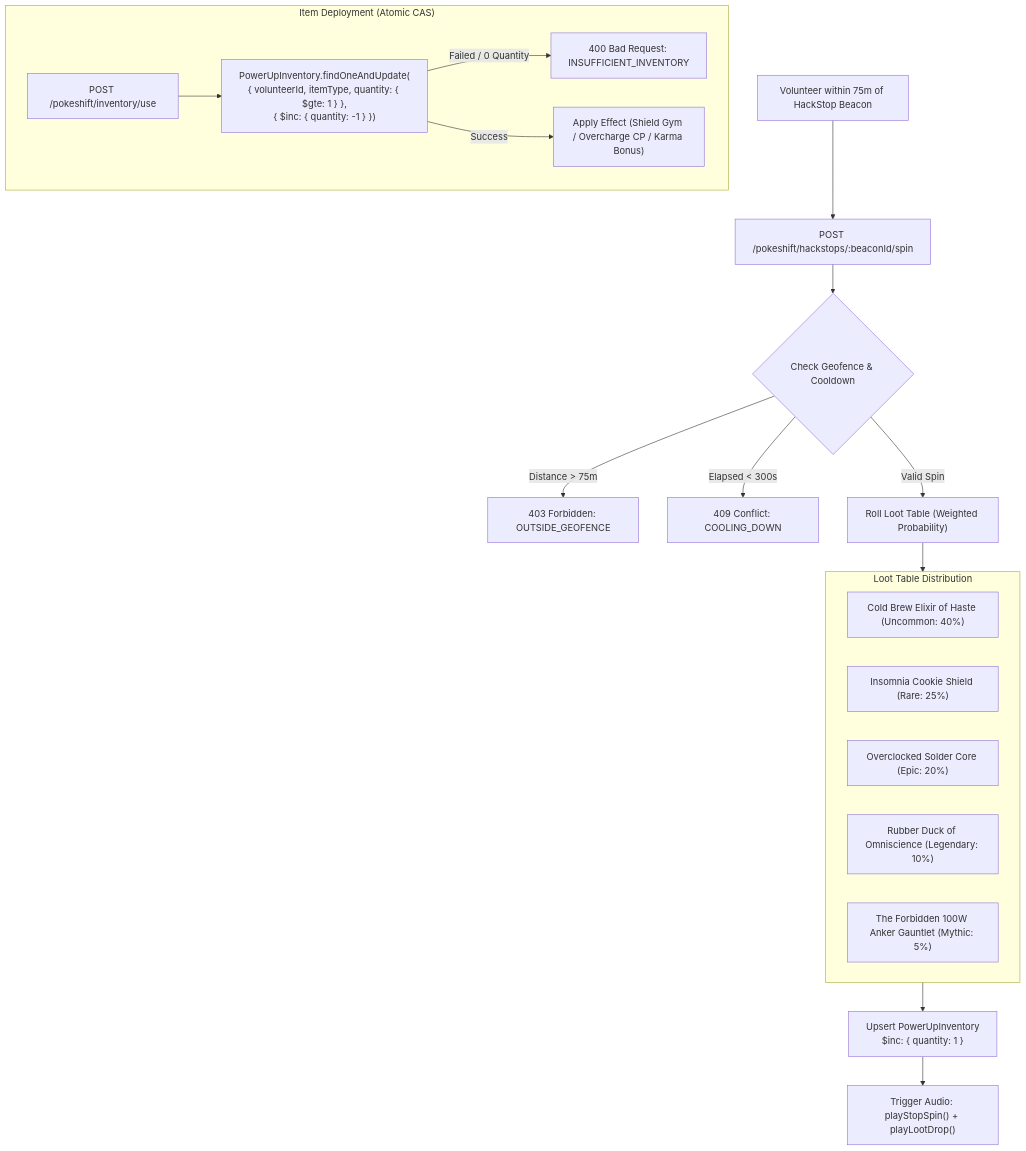
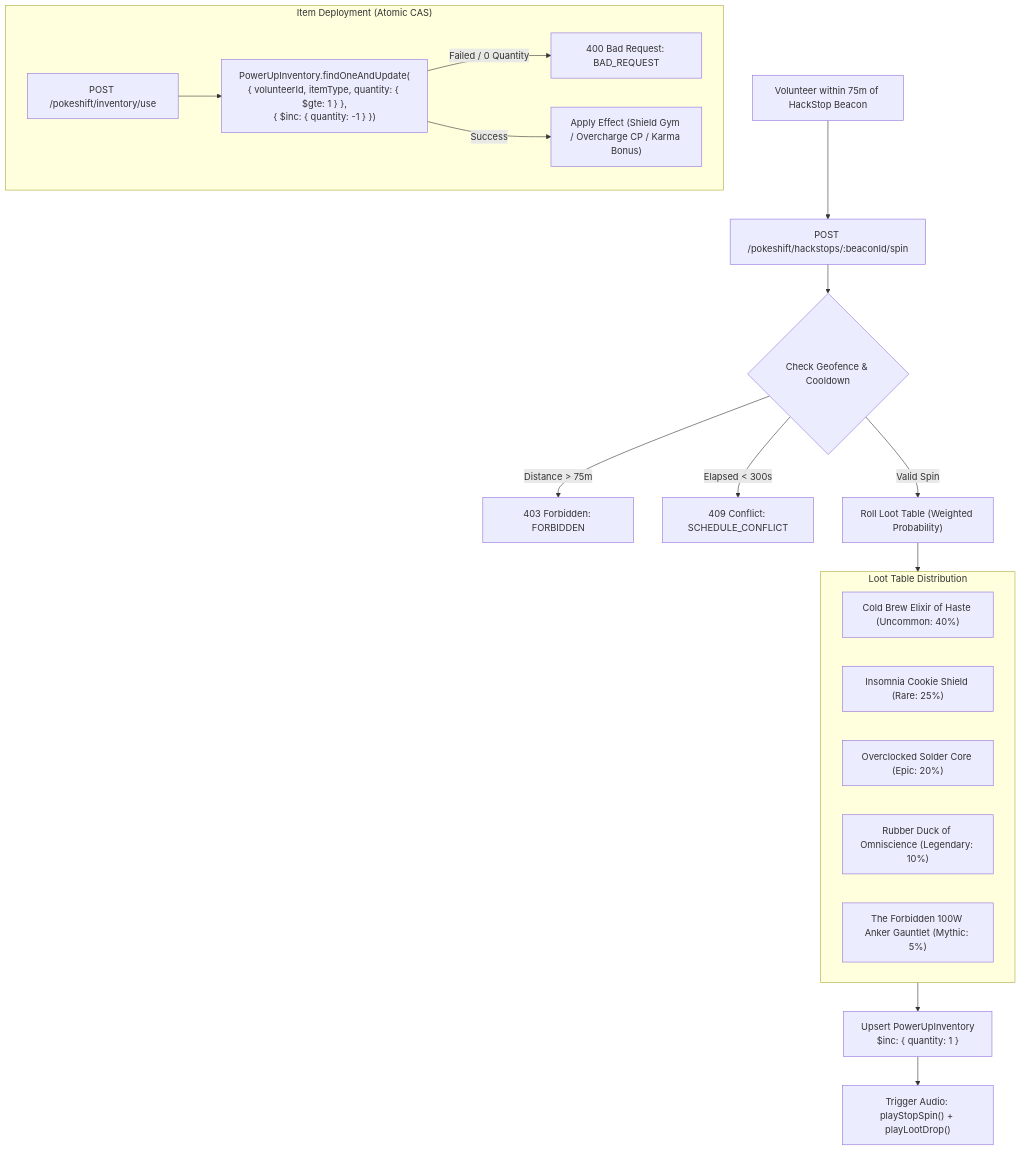
Before and after one commit to aritroBh/HackIllinois-2027-Systems-Coding-Challenge: the ninth of 10 diagrams in ARCHITECTURE.md, drawn with Mermaid. The commit also changed other lines of this file and 89 other files, not shown here.

````diff
--- a/ARCHITECTURE.md
+++ b/ARCHITECTURE.md
@@ -566,26 +570,26 @@
 ```mermaid
 flowchart TD
     A["Volunteer within 75m of HackStop Beacon"] --> B["POST /pokeshift/hackstops/:beaconId/spin"]
     B --> C{"Check Geofence & Cooldown"}
-    C -->|Distance > 75m| D["403 Forbidden: OUTSIDE_GEOFENCE"]
-    C -->|Elapsed < 300s| E["409 Conflict: COOLING_DOWN"]
+    C -->|Distance > 75m| D["403 Forbidden: FORBIDDEN"]
+    C -->|Elapsed < 300s| E["409 Conflict: SCHEDULE_CONFLICT"]
     C -->|Valid Spin| F["Roll Loot Table (Weighted Probability)"]
 
     subgraph LootTable["Loot Table Distribution"]
         L1["Cold Brew Elixir of Haste (Uncommon: 40%)"]
         L2["Insomnia Cookie Shield (Rare: 25%)"]
         L3["Overclocked Solder Core (Epic: 20%)"]
         L4["Rubber Duck of Omniscience (Legendary: 10%)"]
         L5["The Forbidden 100W Anker Gauntlet (Mythic: 5%)"]
     end
 
     F --> LootTable
     LootTable --> G["Upsert PowerUpInventory<br/>$inc: { quantity: 1 }"]
     G --> H["Trigger Audio: playStopSpin() + playLootDrop()"]
 
     subgraph Activation["Item Deployment (Atomic CAS)"]
         I["POST /pokeshift/inventory/use"] --> J["PowerUpInventory.findOneAndUpdate(<br/>{ volunteerId, itemType, quantity: { $gte: 1 } },<br/>{ $inc: { quantity: -1 } })"]
-        J -->|Failed / 0 Quantity| K["400 Bad Request: INSUFFICIENT_INVENTORY"]
+        J -->|Failed / 0 Quantity| K["400 Bad Request: BAD_REQUEST"]
         J -->|Success| L["Apply Effect (Shield Gym / Overcharge CP / Karma Bonus)"]
     end
 ```
````
